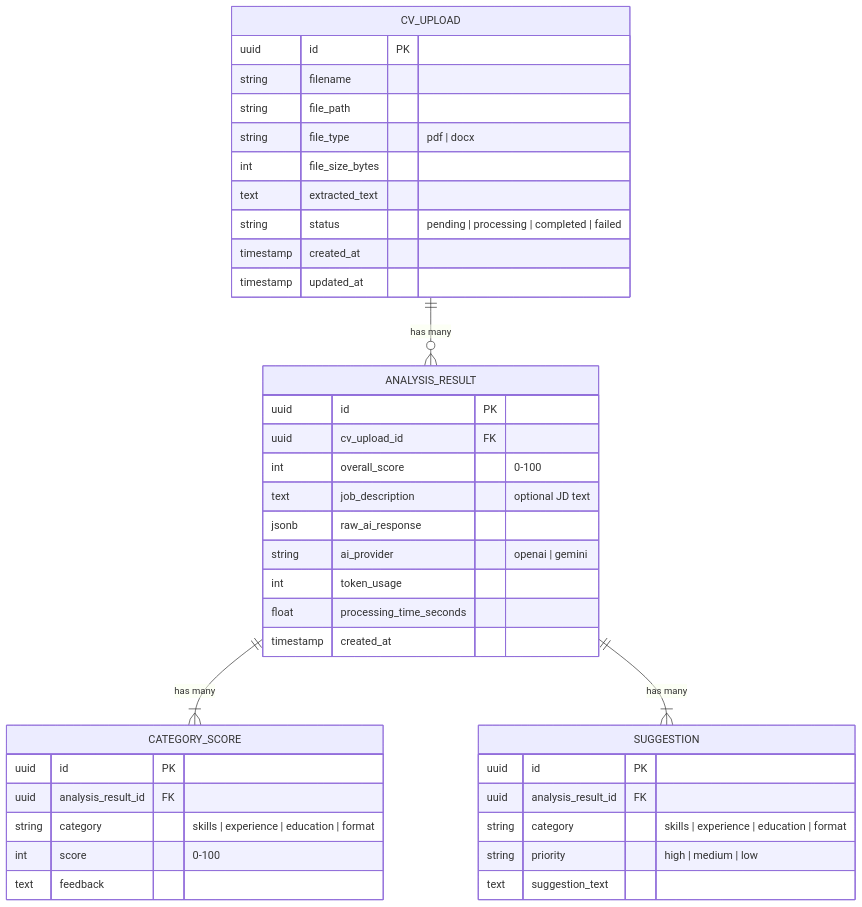
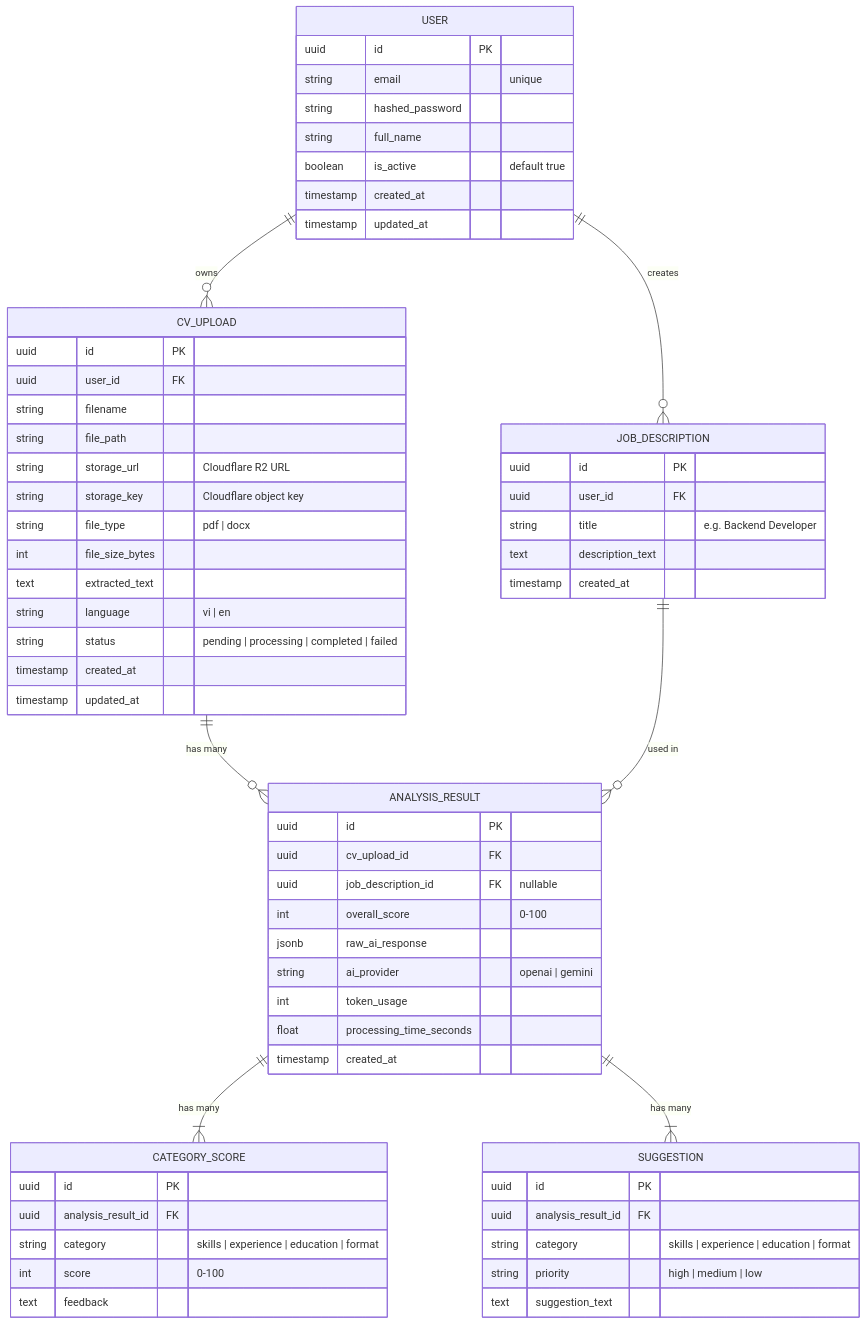
The second of 2 diagrams in docs/ai/design/feature-resume-analyzer.md (longnguyen005/SS2_Project_Resume-Analyzer-Job-Fit-Scoring), drawn with Mermaid before and after one commit. The commit also changed other lines of this file and 64 other files, not shown here.

````diff
--- a/docs/ai/design/feature-resume-analyzer.md
+++ b/docs/ai/design/feature-resume-analyzer.md
@@ -64,46 +71,71 @@
 ```mermaid
 erDiagram
+    USER ||--o{ CV_UPLOAD : "owns"
+    USER ||--o{ JOB_DESCRIPTION : "creates"
     CV_UPLOAD ||--o{ ANALYSIS_RESULT : "has many"
+    JOB_DESCRIPTION ||--o{ ANALYSIS_RESULT : "used in"
     ANALYSIS_RESULT ||--|{ CATEGORY_SCORE : "has many"
     ANALYSIS_RESULT ||--|{ SUGGESTION : "has many"
 
+    USER {
+        uuid id PK
+        string email "unique"
+        string hashed_password
+        string full_name
+        boolean is_active "default true"
+        timestamp created_at
+        timestamp updated_at
+    }
+
+    JOB_DESCRIPTION {
+        uuid id PK
+        uuid user_id FK
+        string title "e.g. Backend Developer"
+        text description_text
+        timestamp created_at
+    }
+
     CV_UPLOAD {
         uuid id PK
+        uuid user_id FK
         string filename
         string file_path
+        string storage_url "Cloudflare R2 URL"
+        string storage_key "Cloudflare object key"
         string file_type "pdf | docx"
         int file_size_bytes
         text extracted_text
+        string language "vi | en"
         string status "pending | processing | completed | failed"
         timestamp created_at
         timestamp updated_at
     }
 
     ANALYSIS_RESULT {
         uuid id PK
         uuid cv_upload_id FK
+        uuid job_description_id FK "nullable"
         int overall_score "0-100"
-        text job_description "optional JD text"
         jsonb raw_ai_response
         string ai_provider "openai | gemini"
         int token_usage
         float processing_time_seconds
         timestamp created_at
     }
 
     CATEGORY_SCORE {
         uuid id PK
         uuid analysis_result_id FK
         string category "skills | experience | education | format"
         int score "0-100"
         text feedback
     }
 
     SUGGESTION {
         uuid id PK
         uuid analysis_result_id FK
         string category "skills | experience | education | format"
         string priority "high | medium | low"
         text suggestion_text
     }
 ```
````
